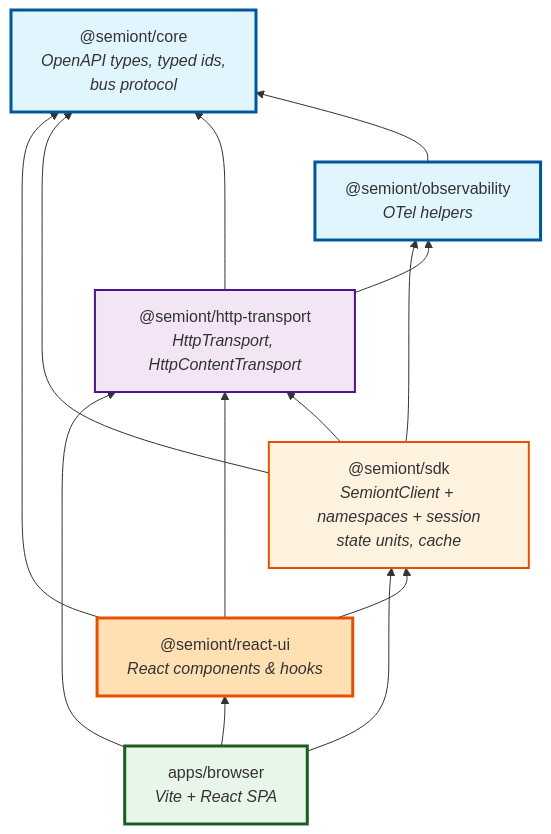
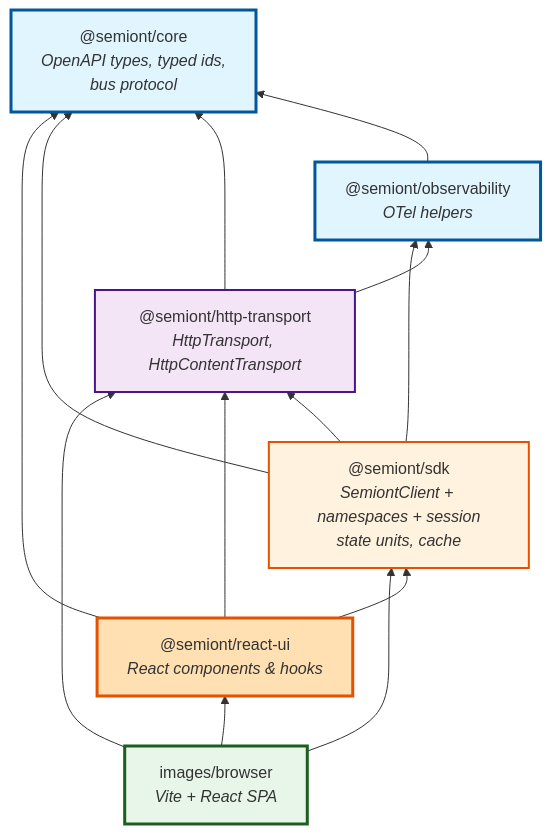
Before and after one commit to The-AI-Alliance/semiont: the first of 2 diagrams in docs/architecture/PACKAGE-ARCHITECTURE.md, drawn with Mermaid. The commit also changed other lines of this file and 221 other files, not shown here.

````diff
--- a/docs/architecture/PACKAGE-ARCHITECTURE.md
+++ b/docs/architecture/PACKAGE-ARCHITECTURE.md
@@ -11,47 +11,47 @@
 ```mermaid
 graph BT
     %% Layer 4: Application
-    browser["apps/browser<br/><i>Vite + React SPA</i>"]
+    browser["images/browser<br/><i>Vite + React SPA</i>"]
 
     %% Layer 3: What an application is built from
     react["@semiont/react-ui<br/><i>React components & hooks</i>"]
 
     %% Layer 2: SDK
     sdk["@semiont/sdk<br/><i>SemiontClient + namespaces + session<br/>state units, cache</i>"]
 
     %% Layer 1: Wire
     api["@semiont/http-transport<br/><i>HttpTransport, HttpContentTransport</i>"]
 
     %% Layer 0: Foundation
     core["@semiont/core<br/><i>OpenAPI types, typed ids,<br/>bus protocol</i>"]
     obs["@semiont/observability<br/><i>OTel helpers</i>"]
 
     browser --> react
     browser --> sdk
     browser --> api
 
     react --> sdk
     react --> api
     react --> core
 
     sdk --> api
     sdk --> obs
     sdk --> core
 
     api --> obs
     api --> core
 
     obs --> core
 
     classDef layer0 fill:#e1f5fe,stroke:#01579b,stroke-width:3px
     classDef layer1 fill:#f3e5f5,stroke:#4a148c,stroke-width:2px
     classDef layer2 fill:#fff3e0,stroke:#e65100,stroke-width:2px
     classDef layer3 fill:#ffe0b2,stroke:#e65100,stroke-width:3px
     classDef layer4 fill:#e8f5e9,stroke:#1b5e20,stroke-width:3px
 
     class core,obs layer0
     class api layer1
     class sdk layer2
     class react layer3
     class browser layer4
 ```
````
